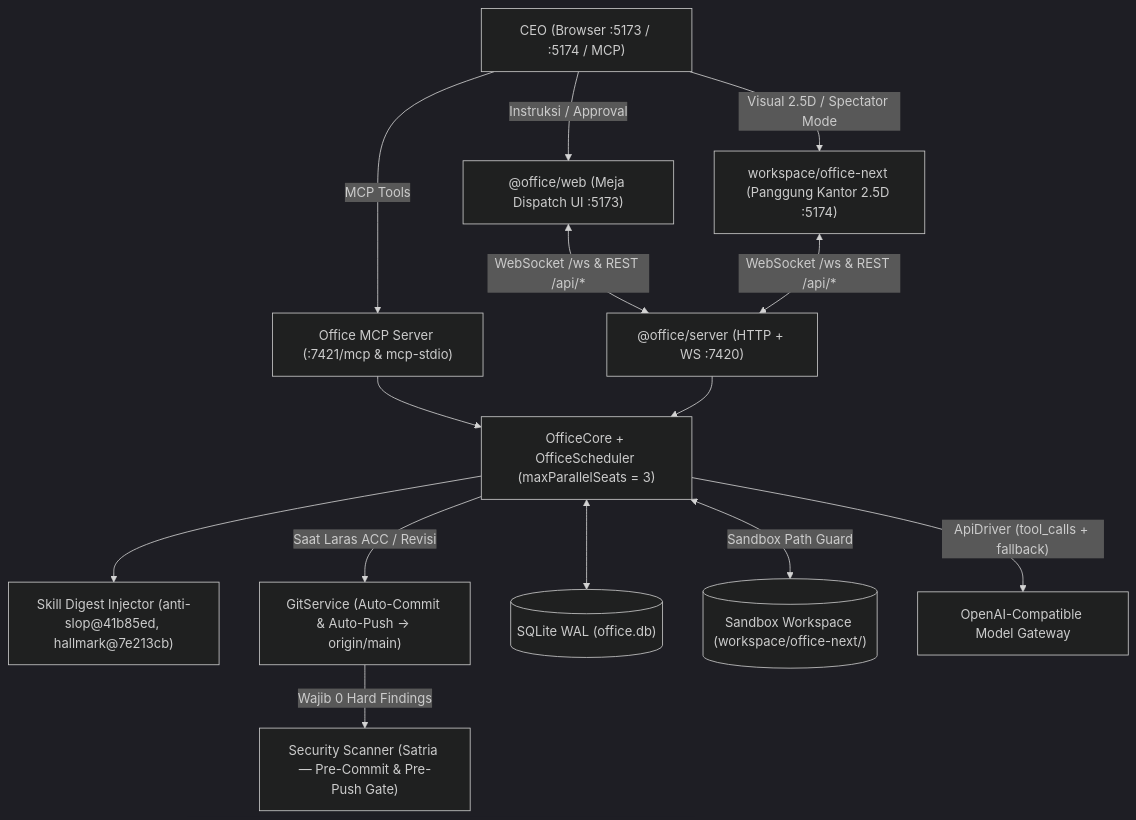
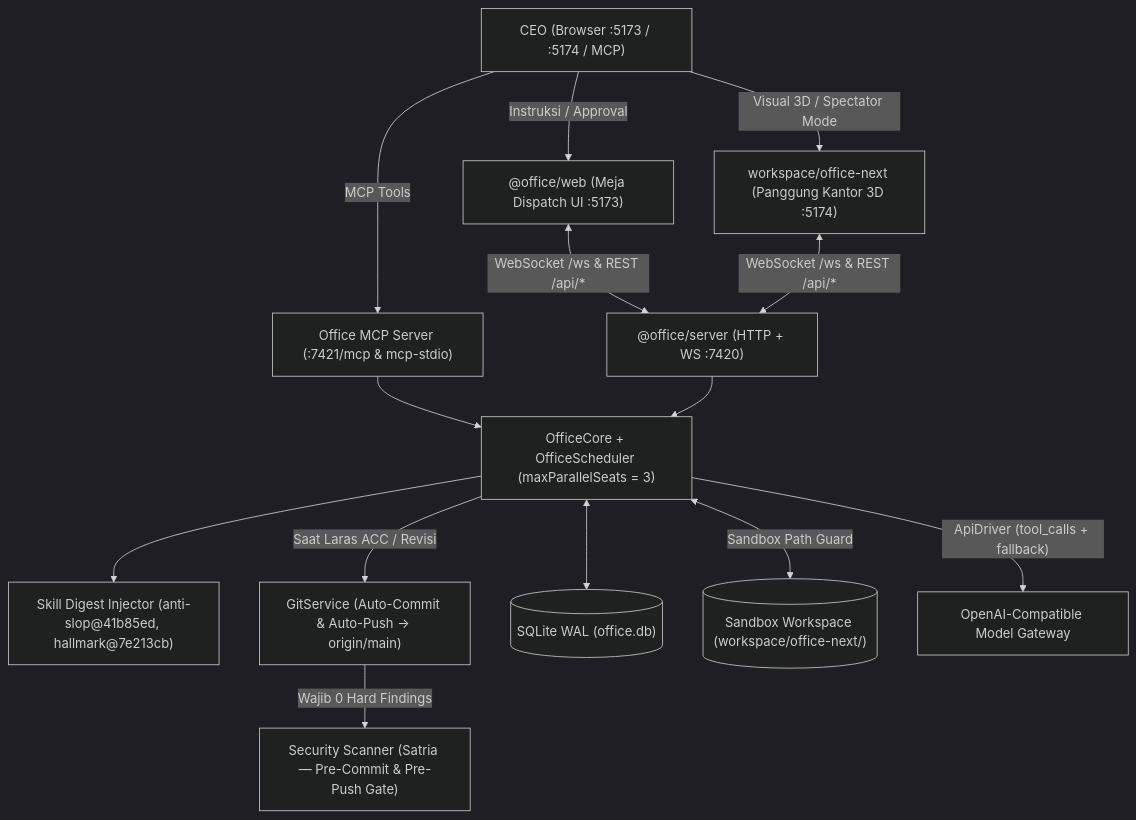
One commit to Muhayara/office-agents changed the diagram in docs/ARCHITECTURE.md. Above: the diagram before and after it, drawn with Mermaid (dark theme). The commit also changed other lines of this file and 32 other files, not shown here.

````diff
--- a/docs/ARCHITECTURE.md
+++ b/docs/ARCHITECTURE.md
@@ -9,29 +9,29 @@
 ```mermaid
 flowchart TD
     CEO["CEO (Browser :5173 / :5174 / MCP)"]
     Web["@office/web (Meja Dispatch UI :5173)"]
-    Iso["workspace/office-next (Panggung Kantor 2.5D :5174)"]
+    Iso["workspace/office-next (Panggung Kantor 3D :5174)"]
     Server["@office/server (HTTP + WS :7420)"]
     MCP["Office MCP Server (:7421/mcp & mcp-stdio)"]
     Core["OfficeCore + OfficeScheduler (maxParallelSeats = 3)"]
     Skills["Skill Digest Injector (anti-slop@41b85ed, hallmark@7e213cb)"]
     Scanner["Security Scanner (Satria — Pre-Commit & Pre-Push Gate)"]
     GitSvc["GitService (Auto-Commit & Auto-Push -> origin/main)"]
     DB[("SQLite WAL (office.db)")]
     Workspace[("Sandbox Workspace (workspace/office-next/)")]
     Gateway["OpenAI-Compatible Model Gateway"]
 
     CEO -->|"Instruksi / Approval"| Web
-    CEO -->|"Visual 2.5D / Spectator Mode"| Iso
+    CEO -->|"Visual 3D / Spectator Mode"| Iso
     CEO -->|"MCP Tools"| MCP
     Web <-->|"WebSocket /ws & REST /api/*"| Server
     Iso <-->|"WebSocket /ws & REST /api/*"| Server
     MCP --> Core
     Server --> Core
     Core <--> DB
     Core <-->|"Sandbox Path Guard"| Workspace
     Core --> Skills
     Core -->|"Saat Laras ACC / Revisi"| GitSvc
     GitSvc -->|"Wajib 0 Hard Findings"| Scanner
     Core -->|"ApiDriver (tool_calls + fallback)"| Gateway
 ```
````
